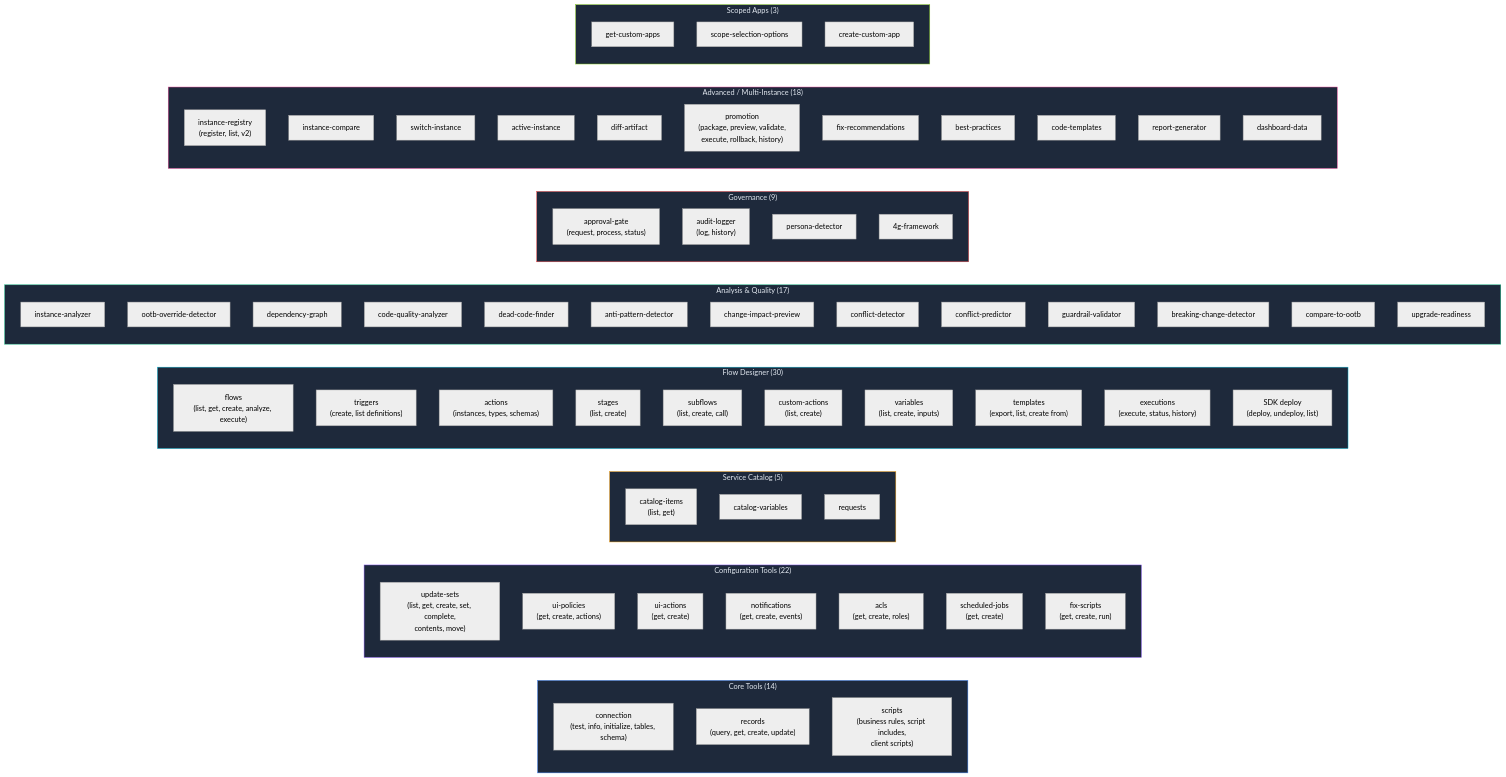
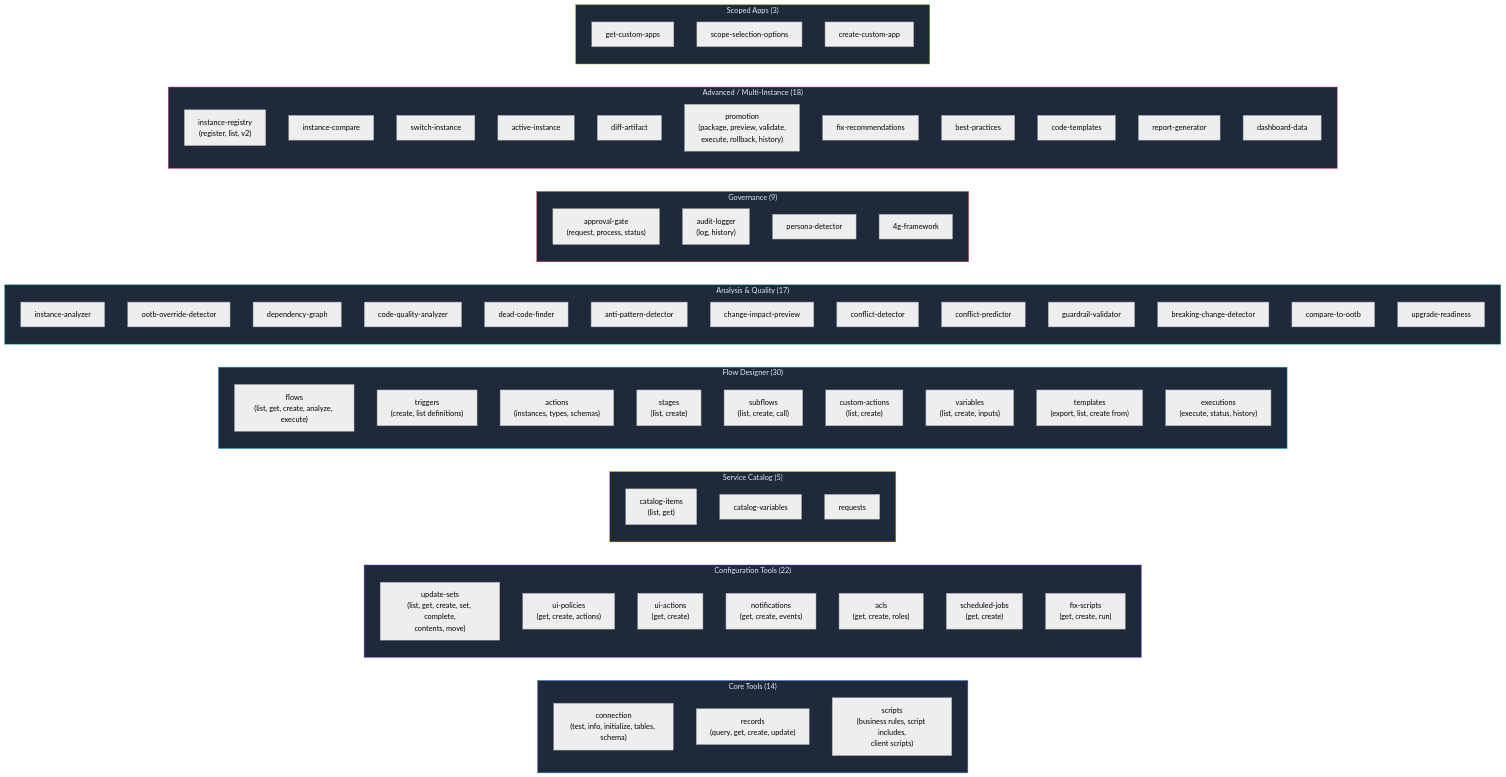
The sixth of 13 diagrams in docs/architecture.md (rtnsht/SN-AI-Dev-Agent), drawn with Mermaid (neutral theme) before and after one commit. The commit also changed other lines of this file and 37 other files, not shown here.

```diff
--- a/docs/architecture.md
+++ b/docs/architecture.md
@@ -335,7 +335,6 @@
         F7["variables<br/>(list, create, inputs)"]
         F8["templates<br/>(export, list, create from)"]
         F9["executions<br/>(execute, status, history)"]
-        F10["SDK deploy<br/>(deploy, undeploy, list)"]
     end
 
     subgraph ANALYSIS["Analysis & Quality (17)"]
```
